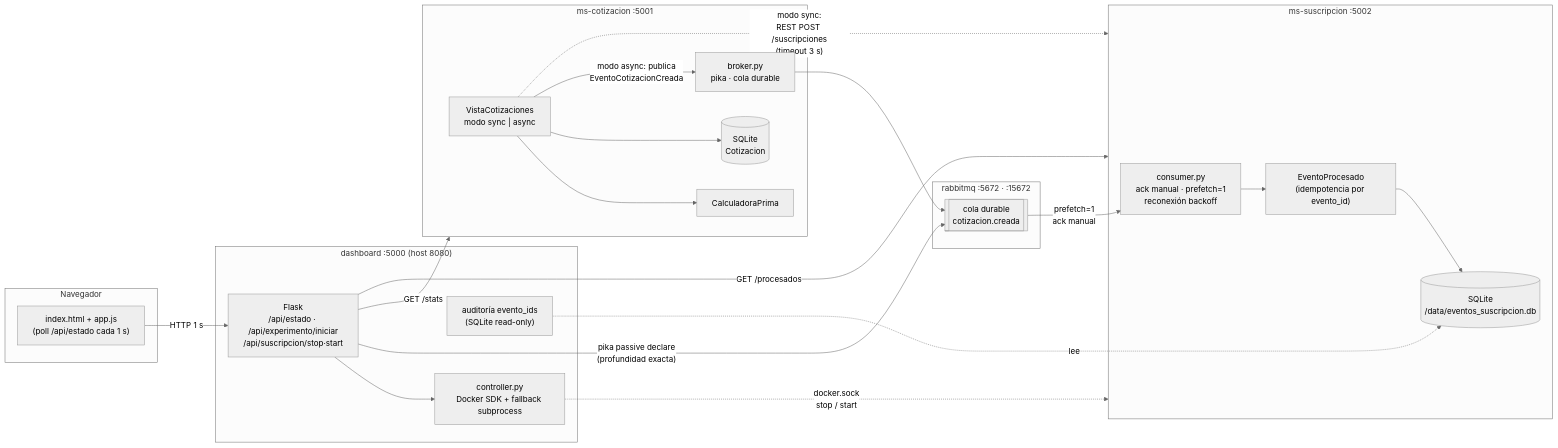
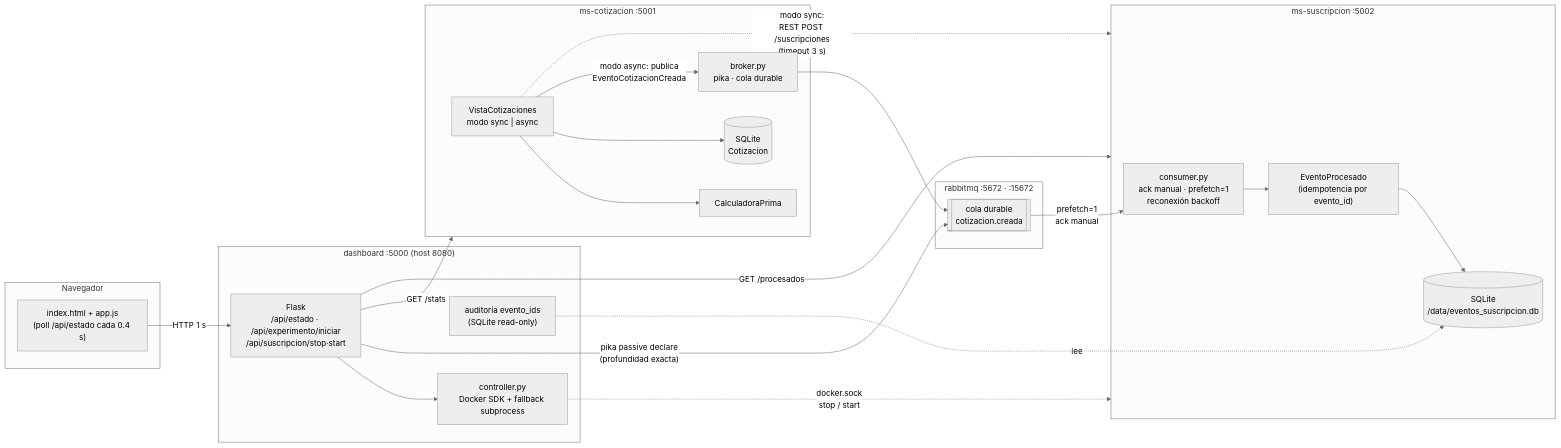
One commit to juanmisdev/Arquitecturas-Agiles-MISW---202602 changed the first of 2 diagrams in README.md. Above: the diagram before and after it, drawn with Mermaid (neutral theme). The commit also changed 2 other files, not shown here.

Commit message:
perf: faster polling for smoother experiment observation
- orchestrator drain loop: 1s -> 250ms check interval, final margin 2s -> 0.5s
- frontend /api/estado poll: 1s -> 400ms

````diff
--- a/README.md
+++ b/README.md
@@ -15,46 +15,46 @@
 ```mermaid
 flowchart LR
     subgraph NAVEGADOR["Navegador"]
-        UI["index.html + app.js<br/>(poll /api/estado cada 1 s)"]
+        UI["index.html + app.js<br/>(poll /api/estado cada 0.4 s)"]
     end
 
     subgraph DASH["dashboard :5000 (host 8080)"]
         API["Flask<br/>/api/estado · /api/experimento/iniciar<br/>/api/suscripcion/stop·start"]
         CTRL["controller.py<br/>Docker SDK + fallback subprocess"]
         AUDIT["auditoría evento_ids<br/>(SQLite read-only)"]
     end
 
     subgraph COT["ms-cotizacion :5001"]
         VISTA["VistaCotizaciones<br/>modo sync | async"]
         CALC["CalculadoraPrima"]
         PUB["broker.py<br/>pika · cola durable"]
         DB1[("SQLite<br/>Cotizacion")]
     end
 
     subgraph BROKER["rabbitmq :5672 · :15672"]
         COLA[["cola durable<br/>cotizacion.creada"]]
     end
 
     subgraph SUS["ms-suscripcion :5002"]
         CONSUMER["consumer.py<br/>ack manual · prefetch=1<br/>reconexión backoff"]
         IDEMP["EventoProcesado<br/>(idempotencia por evento_id)"]
         DB2[("SQLite<br/>/data/eventos_suscripcion.db")]
     end
 
     UI -->|"HTTP 1 s"| API
     API --> CTRL
     CTRL -.->|"docker.sock<br/>stop / start"| SUS
     API -->|"pika passive declare<br/>(profundidad exacta)"| COLA
     API -->|"GET /stats"| COT
     API -->|"GET /procesados"| SUS
     AUDIT -.->|"lee"| DB2
 
     VISTA --> CALC
     VISTA --> DB1
     VISTA -->|"modo async: publica<br/>EventoCotizacionCreada"| PUB
     PUB --> COLA
     COLA -->|"prefetch=1<br/>ack manual"| CONSUMER
     CONSUMER --> IDEMP
     IDEMP --> DB2
     VISTA -.->|"modo sync:<br/>REST POST /suscripciones<br/>(timeout 3 s)"| SUS
 ```
````
